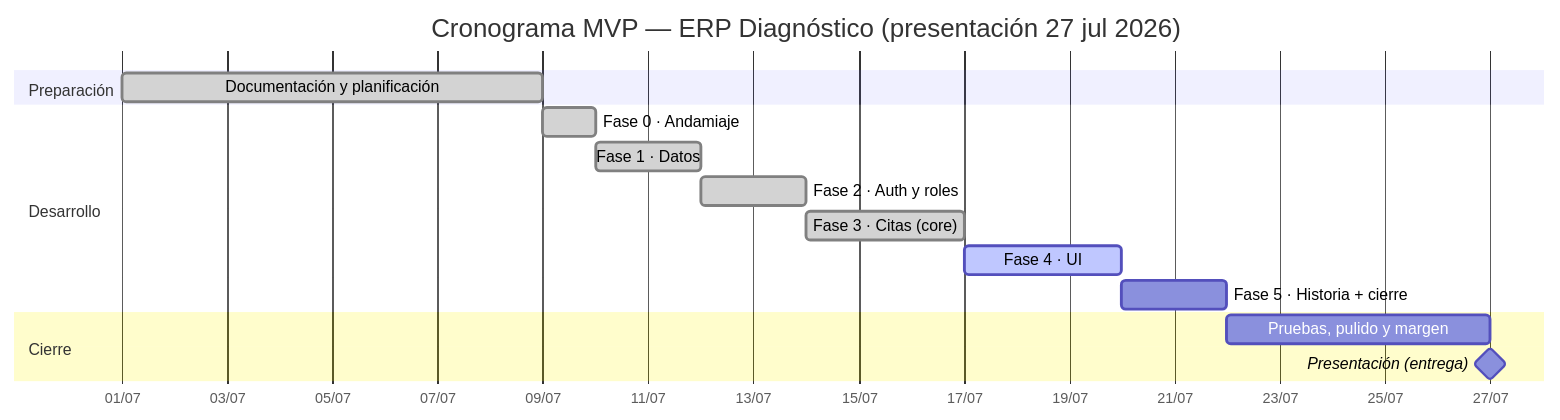
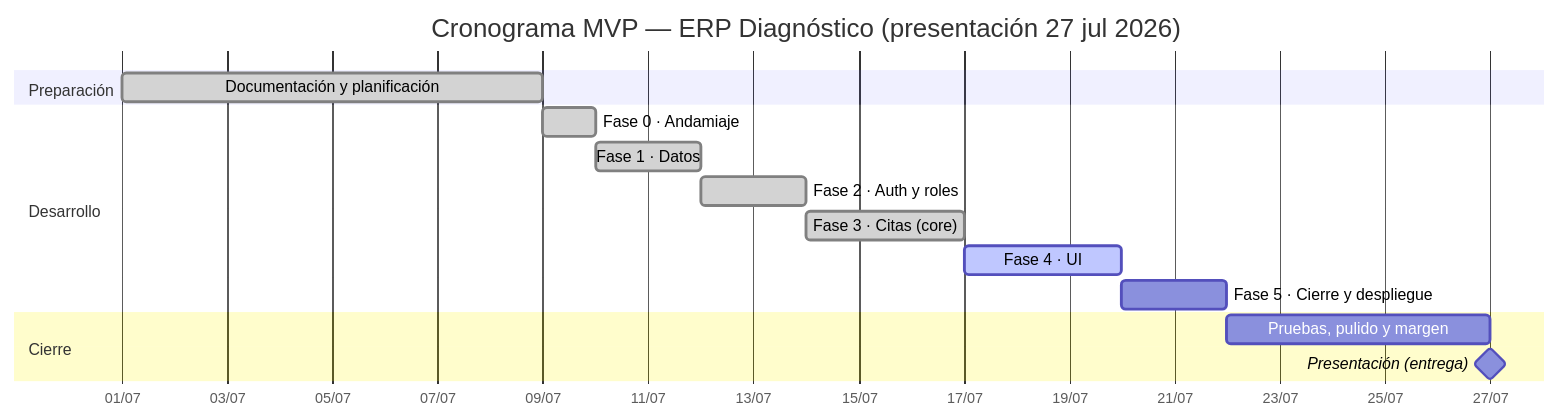
One commit to DhanaCorredor/diagnostico-backend changed the diagram in docs/ROADMAP.md. Above: the diagram before and after it, drawn with Mermaid. The commit also changed other lines of this file and 9 other files, not shown here.

````diff
--- a/docs/ROADMAP.md
+++ b/docs/ROADMAP.md
@@ -73,21 +73,21 @@
 ```mermaid
 gantt
     title Cronograma MVP — ERP Diagnóstico (presentación 27 jul 2026)
     dateFormat  YYYY-MM-DD
     axisFormat  %d/%m
 
     section Preparación
     Documentación y planificación :done, doc, 2026-07-01, 2026-07-09
 
     section Desarrollo
     Fase 0 · Andamiaje         :done,   f0, 2026-07-09, 1d
     Fase 1 · Datos             :done,   f1, after f0, 2d
     Fase 2 · Auth y roles      :done,   f2, after f1, 2d
     Fase 3 · Citas (core)      :done,   f3, after f2, 3d
     Fase 4 · UI                :active, f4, after f3, 3d
-    Fase 5 · Historia + cierre :        f5, after f4, 2d
+    Fase 5 · Cierre y despliegue :        f5, after f4, 2d
 
     section Cierre
     Pruebas, pulido y margen   :        qa, after f5, 5d
     Presentación (entrega)     :milestone, pres, 2026-07-27, 0d
 ```
````
